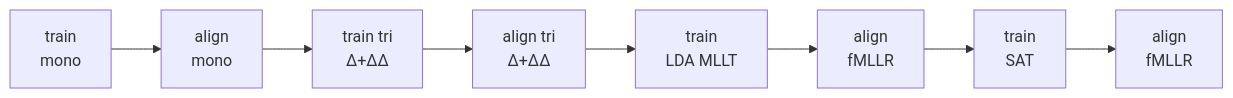
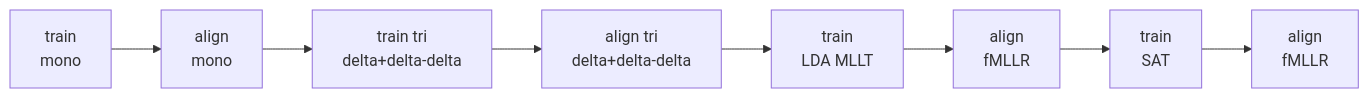
Before and after one commit to falabrasil/kaldi-br: the second of 3 diagrams in README.md, drawn with Mermaid.

Commit message:
readme: fix mermaid html special chars

````diff
--- a/README.md
+++ b/README.md
@@ -102,10 +102,10 @@
 ```mermaid
 graph LR;
-    A[train<br>mono]                       --> B;
-    B[align<br>mono]                       --> C;
-    C[train tri<br>&Delta;+&Delta;&Delta;] --> D;
-    D[align tri<br>&Delta;+&Delta;&Delta;] --> E;
-    E[train<br>LDA MLLT]                   --> F;
-    F[align<br>fMLLR]                      --> G;
-    G[train<br>SAT]                        --> H[align<br>fMLLR];
+    A[train<br>mono]                  --> B;
+    B[align<br>mono]                  --> C;
+    C[train tri<br>delta+delta-delta] --> D;
+    D[align tri<br>delta+delta-delta] --> E;
+    E[train<br>LDA MLLT]              --> F;
+    F[align<br>fMLLR]                 --> G;
+    G[train<br>SAT]                   --> H[align<br>fMLLR];
 ```
````
